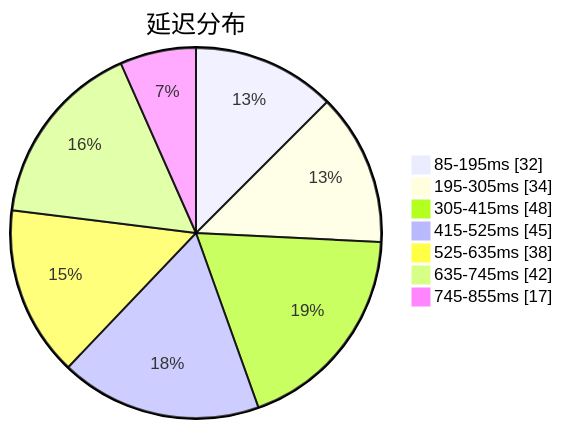
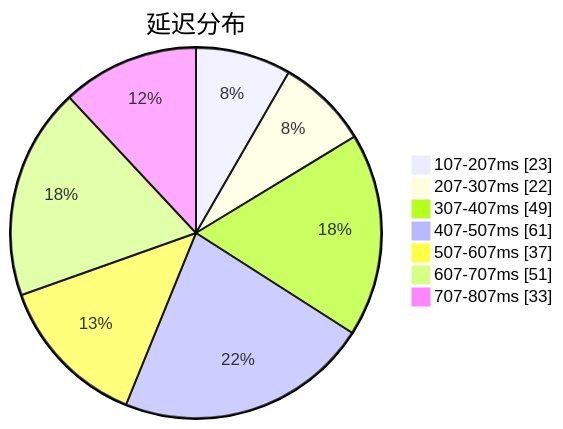
The first of 3 diagrams in subs/statistics/tested_within.md (sinspired/airport), drawn with Mermaid before and after one commit. The commit also changed other lines of this file and 2 other files, not shown here.

````diff
--- a/subs/statistics/tested_within.md
+++ b/subs/statistics/tested_within.md
@@ -2,11 +2,11 @@
 ```mermaid
 pie showData
 title 延迟分布
-"85-195ms" : 32
-"195-305ms" : 34
-"305-415ms" : 48
-"415-525ms" : 45
-"525-635ms" : 38
-"635-745ms" : 42
-"745-855ms" : 17
+"107-207ms" : 23
+"207-307ms" : 22
+"307-407ms" : 49
+"407-507ms" : 61
+"507-607ms" : 37
+"607-707ms" : 51
+"707-807ms" : 33
 ```
````
